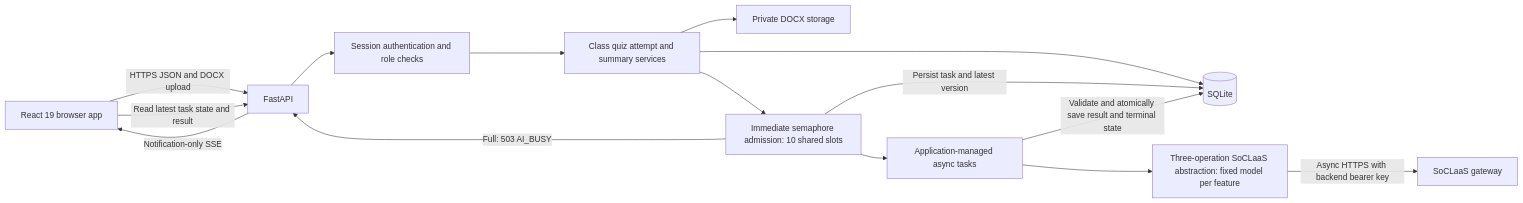
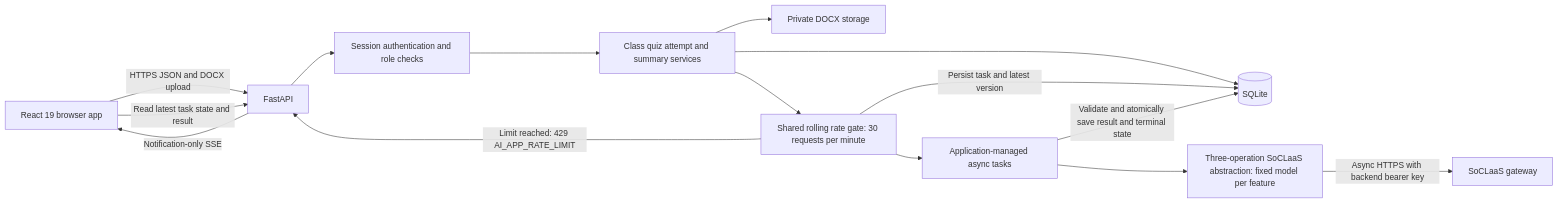
The first of 2 diagrams in specs/specification.md (CS3227-2610-MP3-QuizIt/CS3227-2610-MP3), drawn with Mermaid before and after one commit. The commit also changed other lines of this file and 1 other file, not shown here.

````diff
--- a/specs/specification.md
+++ b/specs/specification.md
@@ -33,17 +33,17 @@
 ```mermaid
 flowchart LR
     Browser[React 19 browser app] -->|HTTPS JSON and DOCX upload| API[FastAPI]
     API --> Auth[Session authentication and role checks]
     Auth --> Services[Class quiz attempt and summary services]
     Services --> DB[(SQLite)]
     Services --> Files[Private DOCX storage]
-    Services --> Admission[Immediate semaphore admission: 10 shared slots]
-    Admission -->|Full: 503 AI_BUSY| API
+    Services --> Admission[Shared rolling rate gate: 30 requests per minute]
+    Admission -->|Limit reached: 429 AI_APP_RATE_LIMIT| API
     Admission -->|Persist task and latest version| DB
     Admission --> Tasks[Application-managed async tasks]
     Tasks --> AI[Three-operation SoCLaaS abstraction: fixed model per feature]
     AI -->|Async HTTPS with backend bearer key| Gateway[SoCLaaS gateway]
     Tasks -->|Validate and atomically save result and terminal state| DB
     API -->|Notification-only SSE| Browser
     Browser -->|Read latest task state and result| API
 ```
````
